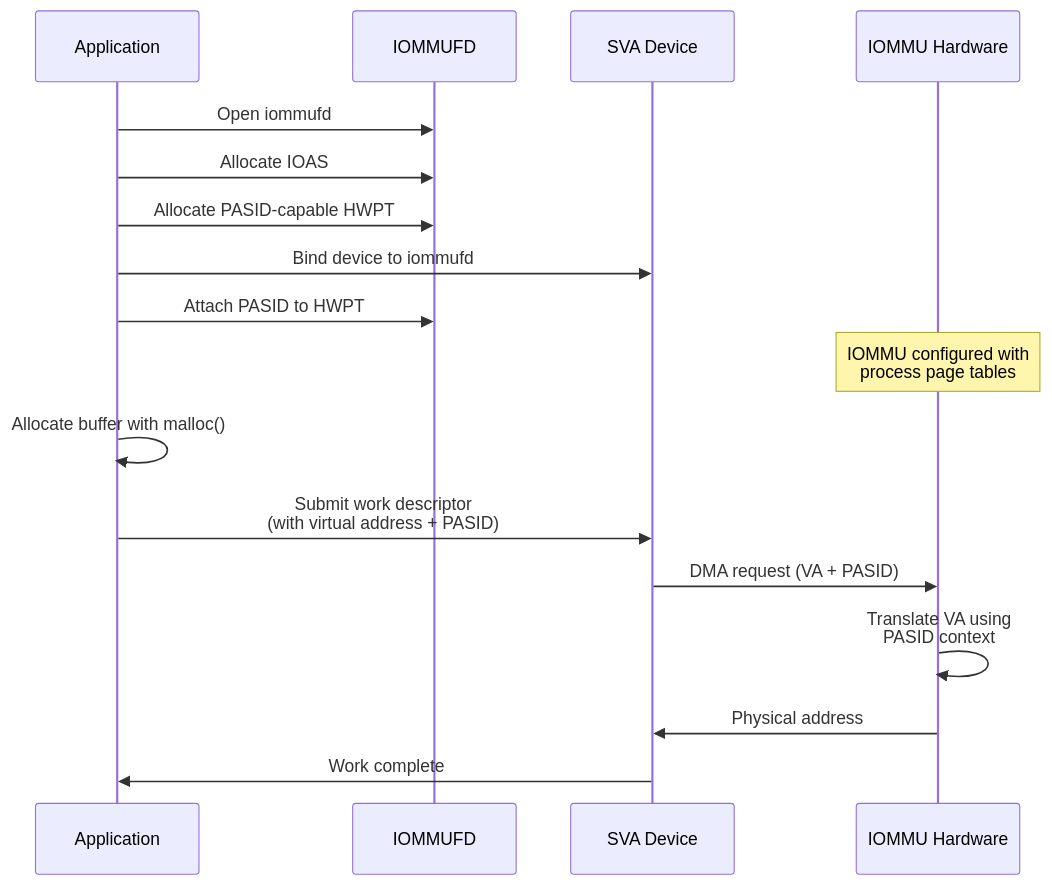
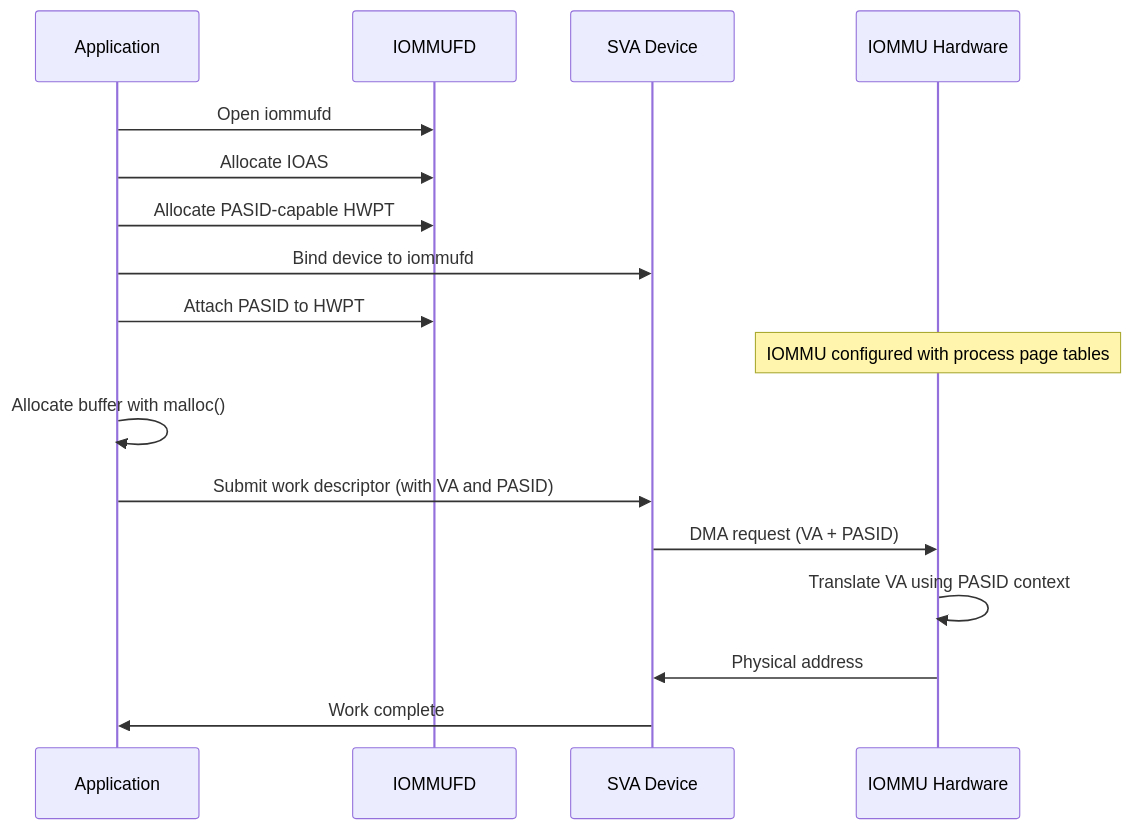
One commit to stevedoyle/accel-book changed the second of 2 diagrams in src/pasid-sva.md. Above: the diagram before and after it, drawn with Mermaid. The commit also changed 2 other files, not shown here.

Commit message:
fix: configure mdbook-mermaid for GitHub Pages rendering
- Pin mdbook-mermaid to version 0.14.0 (v0.17 has parsing issues)
- Remove manual mermaid.js configuration in favor of preprocessor
- Remove HTML <br/> tags from sequence diagrams (not supported)
- Update book.toml to use only mdbook-mermaid preprocessor

This enables mermaid diagrams to render correctly on GitHub Pages.

````diff
--- a/src/pasid-sva.md
+++ b/src/pasid-sva.md
@@ -114,22 +114,22 @@
 ```mermaid
 sequenceDiagram
     participant App as Application
     participant IOMMUFD as IOMMUFD
     participant Device as SVA Device
     participant IOMMU as IOMMU Hardware
 
     App->>IOMMUFD: Open iommufd
     App->>IOMMUFD: Allocate IOAS
     App->>IOMMUFD: Allocate PASID-capable HWPT
     App->>Device: Bind device to iommufd
     App->>IOMMUFD: Attach PASID to HWPT
 
-    Note over IOMMU: IOMMU configured with<br/>process page tables
+    Note over IOMMU: IOMMU configured with process page tables
 
     App->>App: Allocate buffer with malloc()
-    App->>Device: Submit work descriptor<br/>(with virtual address + PASID)
+    App->>Device: Submit work descriptor (with VA and PASID)
     Device->>IOMMU: DMA request (VA + PASID)
-    IOMMU->>IOMMU: Translate VA using<br/>PASID context
+    IOMMU->>IOMMU: Translate VA using PASID context
     IOMMU->>Device: Physical address
     Device->>App: Work complete
 ```
````
